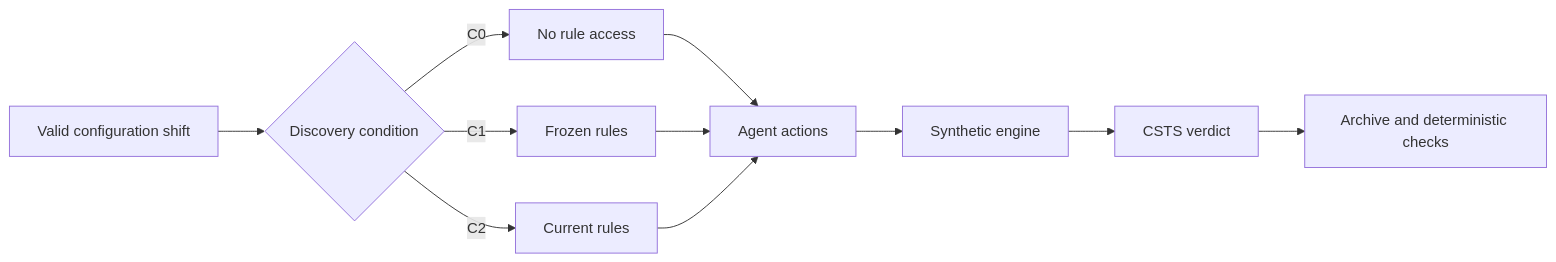
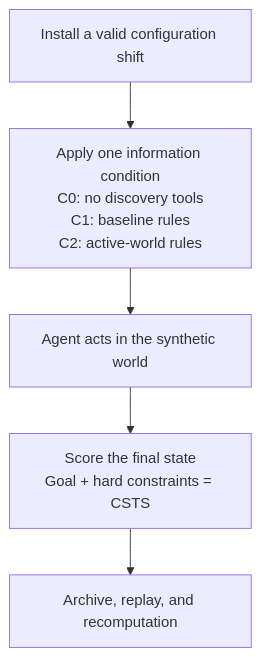
Before and after one commit to jlov7/CascadeShift-Research: the diagram in README.md, drawn with Mermaid.

Commit message:
docs: improve README diagram readability

````diff
--- a/README.md
+++ b/README.md
@@ -15,13 +15,9 @@
 ```mermaid
-flowchart LR
-    A[Valid configuration shift] --> B{Discovery condition}
-    B -->|C0| C[No rule access]
-    B -->|C1| D[Frozen rules]
-    B -->|C2| E[Current rules]
-    C --> F[Agent actions]
-    D --> F
-    E --> F
-    F --> G[Synthetic engine]
-    G --> H[CSTS verdict]
-    H --> I[Archive and deterministic checks]
+flowchart TD
+    A["Install a valid configuration shift"]
+    B["Apply one information condition<br/>C0: no discovery tools<br/>C1: baseline rules<br/>C2: active-world rules"]
+    C["Agent acts in the synthetic world"]
+    D["Score the final state<br/>Goal + hard constraints = CSTS"]
+    E["Archive, replay, and recomputation"]
+    A --> B --> C --> D --> E
 ```
````
